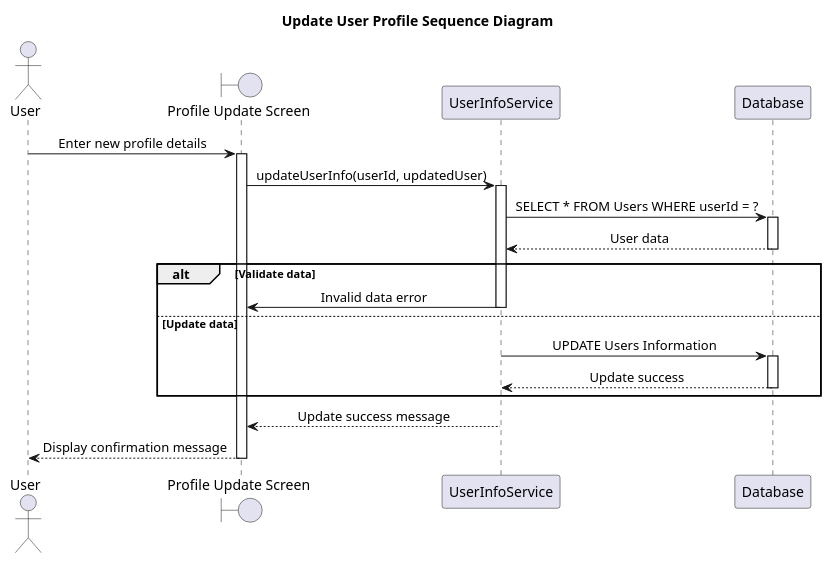
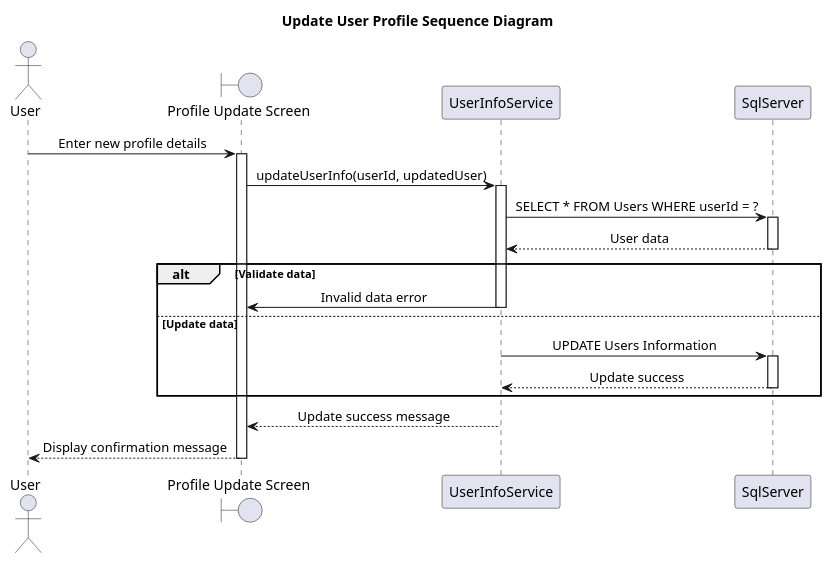
One commit to Caothuludau/InSyncDocument changed the diagram in ClassDiagram/UserProfileManagement/UpdateProfileSequenceDiagram.plantuml. Above: the diagram before and after it, drawn with PlantUML. The commit also changed 40 other files, not shown here.

Commit message:
vẽ clas sequence diagram document , cate, page

```diff
--- a/ClassDiagram/UserProfileManagement/UpdateProfileSequenceDiagram.plantuml
+++ b/ClassDiagram/UserProfileManagement/UpdateProfileSequenceDiagram.plantuml
@@ -1,36 +1,36 @@
 @startuml UpdateUserProfileSequence
 Title Update User Profile Sequence Diagram
 skinparam sequenceMessageAlign center
 
 actor User as UserActor
 boundary "Profile Update Screen" as ProfileScreen
 participant "UserInfoService" as UserService
-participant "Database" as DB
+participant "SqlServer" as DB
 
 UserActor -> ProfileScreen: Enter new profile details
 activate ProfileScreen
 
 ProfileScreen -> UserService: updateUserInfo(userId, updatedUser)
 activate UserService
 
 UserService -> DB: SELECT * FROM Users WHERE userId = ?
 activate DB
 DB --> UserService: User data
 deactivate DB
 
 alt Validate data
   UserService -> ProfileScreen: Invalid data error
   deactivate UserService
 else Update data
   UserService -> DB: UPDATE Users Information
   activate DB
   DB --> UserService: Update success
   deactivate DB
 end
 
 UserService --> ProfileScreen: Update success message
 deactivate UserService
 
 ProfileScreen --> UserActor: Display confirmation message
 deactivate ProfileScreen
 @enduml
```
